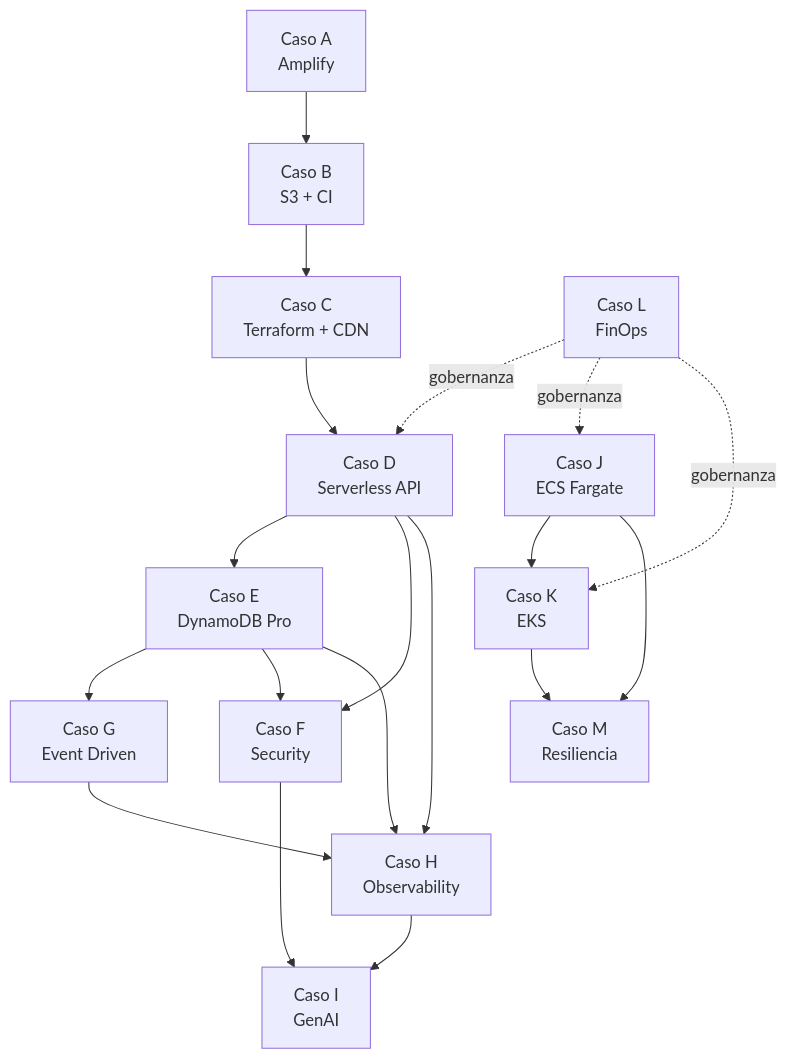
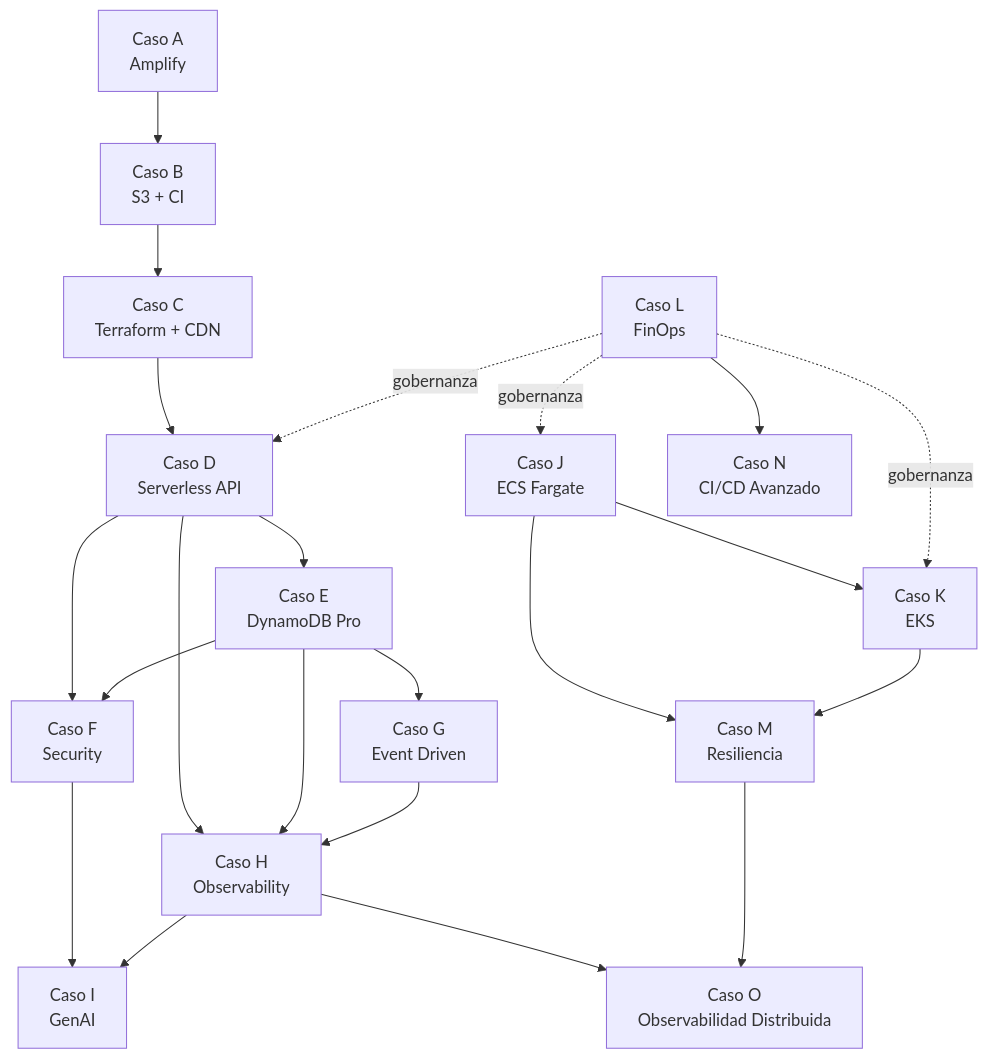
The diagram in README.md (vladimiracunadev-create/proyectos-aws), drawn with Mermaid before and after one commit. The commit also changed other lines of this file and 6 other files, not shown here.

First line of the commit message:
feat(docs): add Caso N/O, fix diagrams, add simulacro info to cert files

````diff
--- a/README.md
+++ b/README.md
@@ -253,21 +267,24 @@
 ```mermaid
 graph TD
     A[Caso A<br/>Amplify] --> B[Caso B<br/>S3 + CI]
     B --> C[Caso C<br/>Terraform + CDN]
     C --> D[Caso D<br/>Serverless API]
     D --> E[Caso E<br/>DynamoDB Pro]
     E --> G[Caso G<br/>Event Driven]
     D --> F[Caso F<br/>Security]
     E --> F
     D --> H[Caso H<br/>Observability]
     E --> H
     G --> H
     J[Caso J<br/>ECS Fargate] --> K[Caso K<br/>EKS]
     J --> M[Caso M<br/>Resiliencia]
     K --> M
     F --> I[Caso I<br/>GenAI]
     H --> I
+    H --> O[Caso O<br/>Observabilidad Distribuida]
+    M --> O
+    L --> N[Caso N<br/>CI/CD Avanzado]
     L[Caso L<br/>FinOps] -. gobernanza .-> D
     L -. gobernanza .-> J
     L -. gobernanza .-> K
 ```
````
